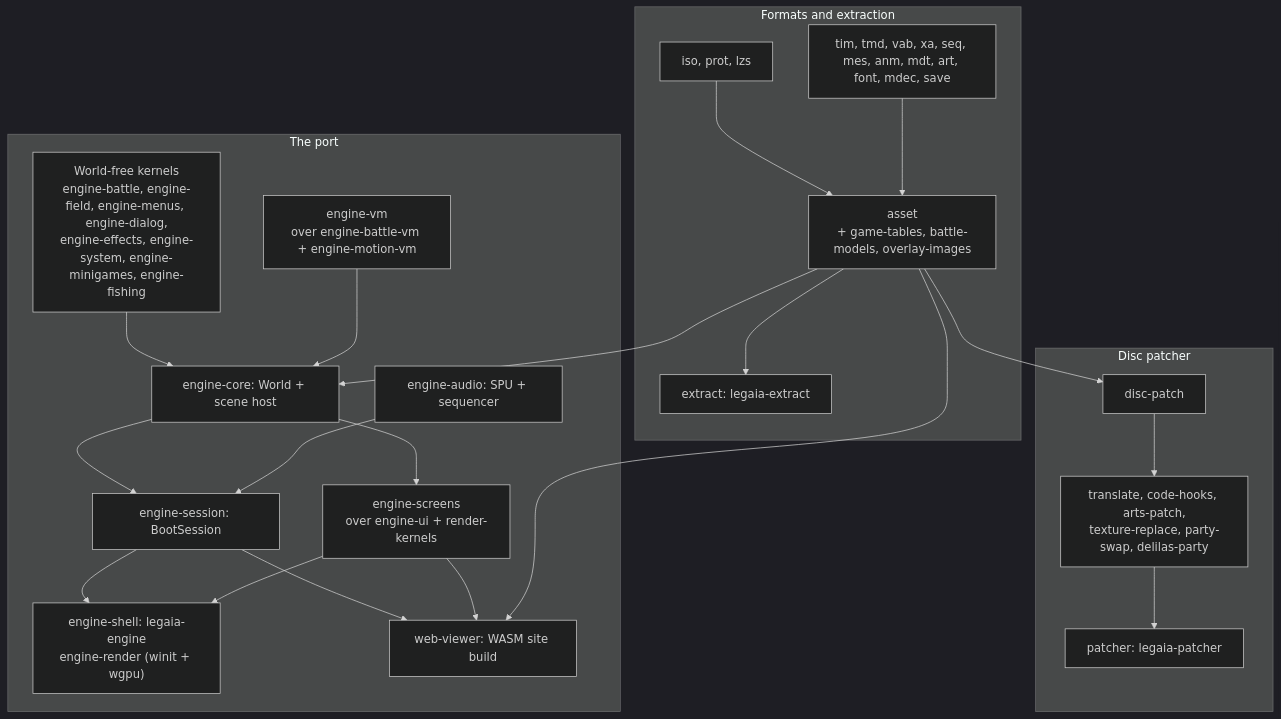
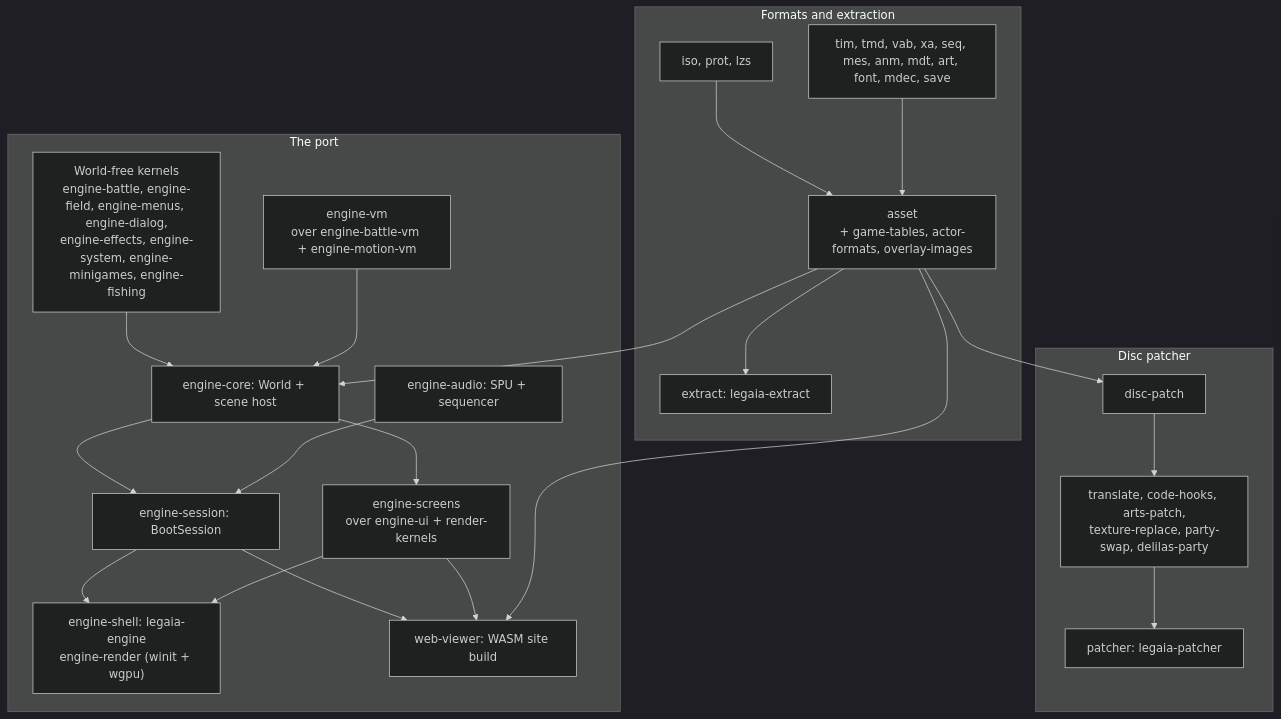
One commit to AndrewAltimit/legend-of-legaia-re changed the second of 2 diagrams in docs/overview.md. Above: the diagram before and after it, drawn with Mermaid (dark theme). The commit also changed other lines of this file and 157 other files, not shown here.

First line of the commit message:
Rename battle-models to actor-formats

````diff
--- a/docs/overview.md
+++ b/docs/overview.md
@@ -80,39 +80,39 @@
 ```mermaid
 flowchart TD
     subgraph formats["Formats and extraction"]
         container["iso, prot, lzs"]
-        hub["asset<br/>+ game-tables, battle-models, overlay-images"]
+        hub["asset<br/>+ game-tables, actor-formats, overlay-images"]
         perfmt["tim, tmd, vab, xa, seq, mes, anm, mdt, art, font, mdec, save"]
         extract["extract: legaia-extract"]
         container --> hub --> extract
         perfmt --> hub
     end
     subgraph port["The port"]
         kernels["World-free kernels<br/>engine-battle, engine-field, engine-menus, engine-dialog,<br/>engine-effects, engine-system, engine-minigames, engine-fishing"]
         vm["engine-vm<br/>over engine-battle-vm + engine-motion-vm"]
         core["engine-core: World + scene host"]
         audio["engine-audio: SPU + sequencer"]
         session["engine-session: BootSession"]
         present["engine-screens<br/>over engine-ui + render-kernels"]
         native["engine-shell: legaia-engine<br/>engine-render (winit + wgpu)"]
         web["web-viewer: WASM site build"]
         kernels --> core
         vm --> core
         core --> session
         audio --> session
         core --> present
         session --> native
         session --> web
         present --> native
         present --> web
     end
     subgraph mod["Disc patcher"]
         dp["disc-patch"]
         layers["translate, code-hooks, arts-patch,<br/>texture-replace, party-swap, delilas-party"]
         patcher["patcher: legaia-patcher"]
         dp --> layers --> patcher
     end
     hub --> core
     hub --> dp
     hub --> web
 ```
````
